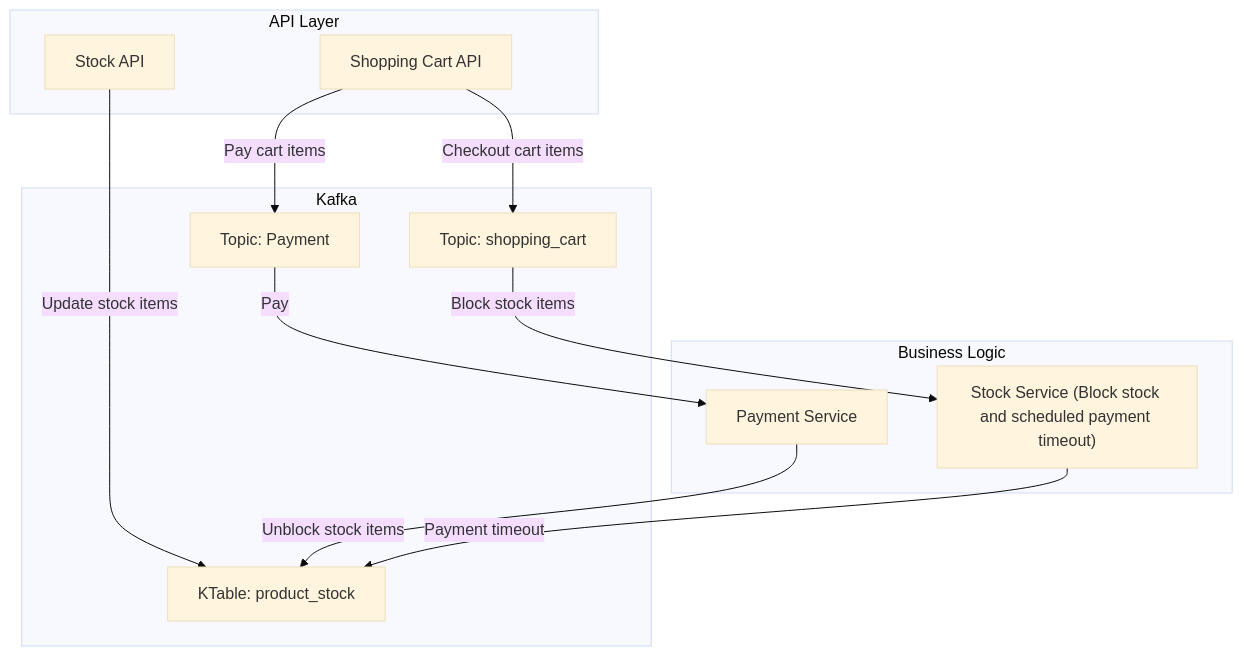
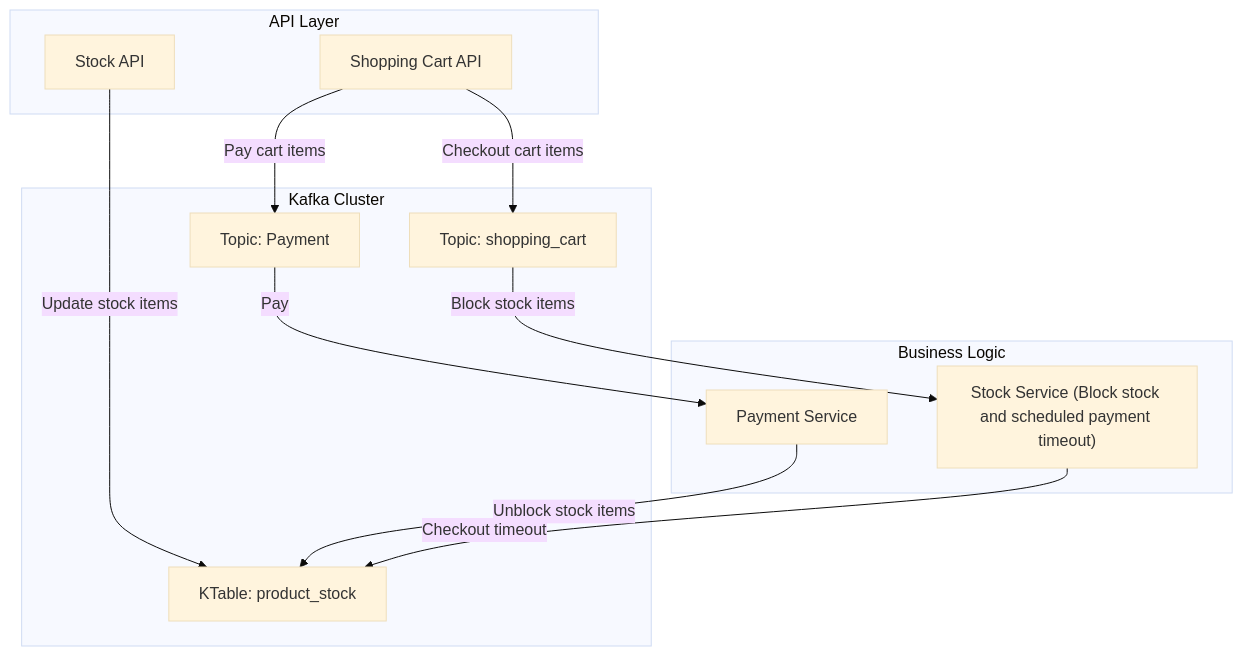
Before and after one commit to albertbolanoss/aws-shopping-cart: the diagram in README.md, drawn with Mermaid (base theme).

Commit message:
Update README.md
Update architecture diagram

````diff
--- a/README.md
+++ b/README.md
@@ -192,37 +192,37 @@
 ```mermaid
 graph TD
     subgraph API Layer
         StockAPI["Stock API"]
 
         ShoppingCartAPI["Shopping Cart API"]
     end
 
-    subgraph Kafka
+    subgraph Kafka Cluster
         StockUpdates["KTable: product_stock"]
         ShoppingCartStream["Topic: shopping_cart"]
         PaymentStream["Topic: Payment"]
         
     end
 
     subgraph Business Logic
         StockService["Stock Service (Block stock and scheduled payment timeout)"]
     
         PaymentService["Payment Service"]
         
     end
 
     StockAPI -->|Update stock items| StockUpdates
 
     ShoppingCartAPI -->|Checkout cart items| ShoppingCartStream
 
     ShoppingCartAPI -->|Pay cart items| PaymentStream
 
 
     ShoppingCartStream -->|Block stock items| StockService
     
     PaymentStream -->|Pay| PaymentService
 
     PaymentService -->|Unblock stock items| StockUpdates
 
-    StockService -->|Payment timeout| StockUpdates
+    StockService -->|Checkout timeout| StockUpdates
   ```  
````
